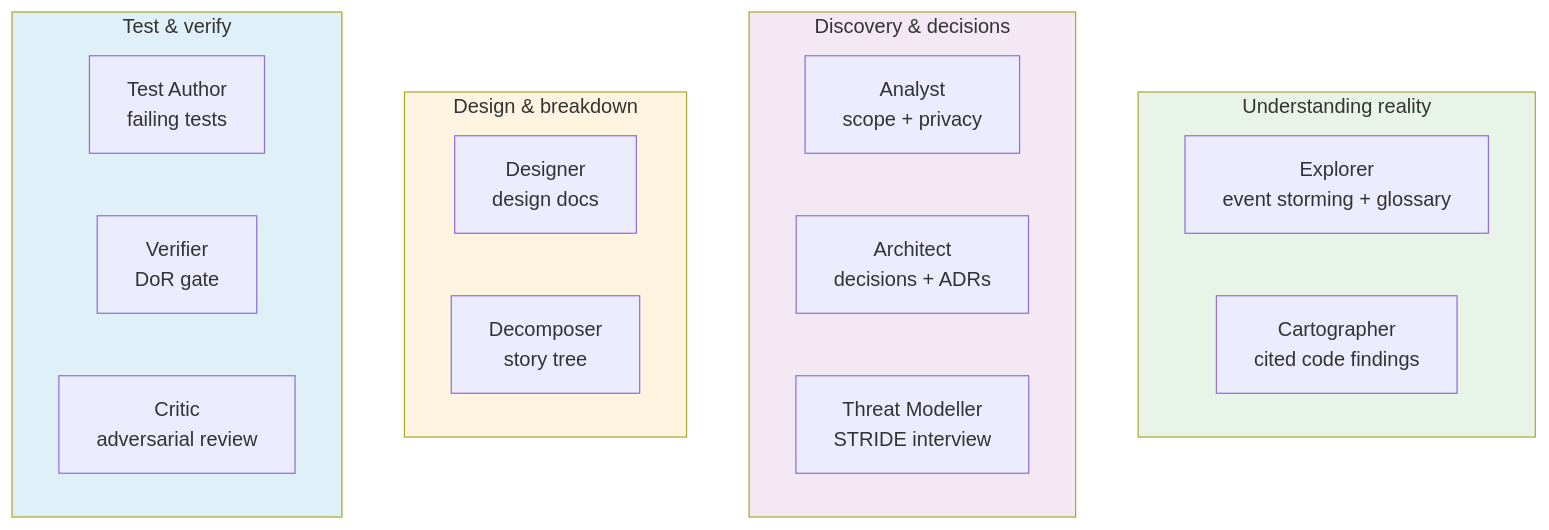
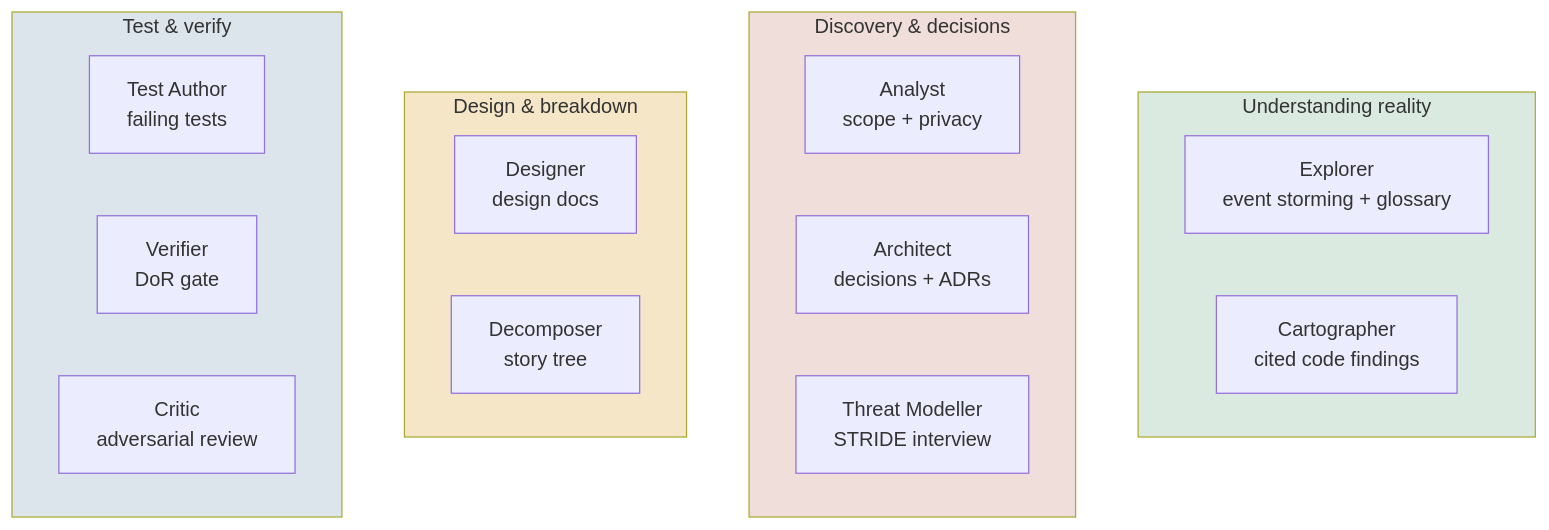
The fourth of 17 diagrams in METHOD.md (nlawstudio/ai-refinement-method), drawn with Mermaid before and after one commit. The commit also changed other lines of this file and 1 other file, not shown here.

````diff
--- a/METHOD.md
+++ b/METHOD.md
@@ -529,29 +550,29 @@
 ```mermaid
 flowchart TB
     subgraph Understand["Understanding reality"]
         Explorer[Explorer<br/>event storming + glossary]
         Cart[Cartographer<br/>cited code findings]
     end
 
     subgraph Discovery["Discovery & decisions"]
         Analyst[Analyst<br/>scope + privacy]
         Architect[Architect<br/>decisions + ADRs]
         Threat[Threat Modeller<br/>STRIDE interview]
     end
 
     subgraph Design["Design & breakdown"]
         Des[Designer<br/>design docs]
         Dec[Decomposer<br/>story tree]
     end
 
     subgraph Spec["Test & verify"]
         TA[Test Author<br/>failing tests]
         V[Verifier<br/>DoR gate]
         Critic[Critic<br/>adversarial review]
     end
 
-    style Understand fill:#e8f4e8
-    style Discovery fill:#f4e8f4
-    style Design fill:#fff4e0
-    style Spec fill:#e0f0f8
+    style Understand fill:#DBEAE1
+    style Discovery fill:#EFDED9
+    style Design fill:#F4E6C6
+    style Spec fill:#DCE4EC
 ```
````
